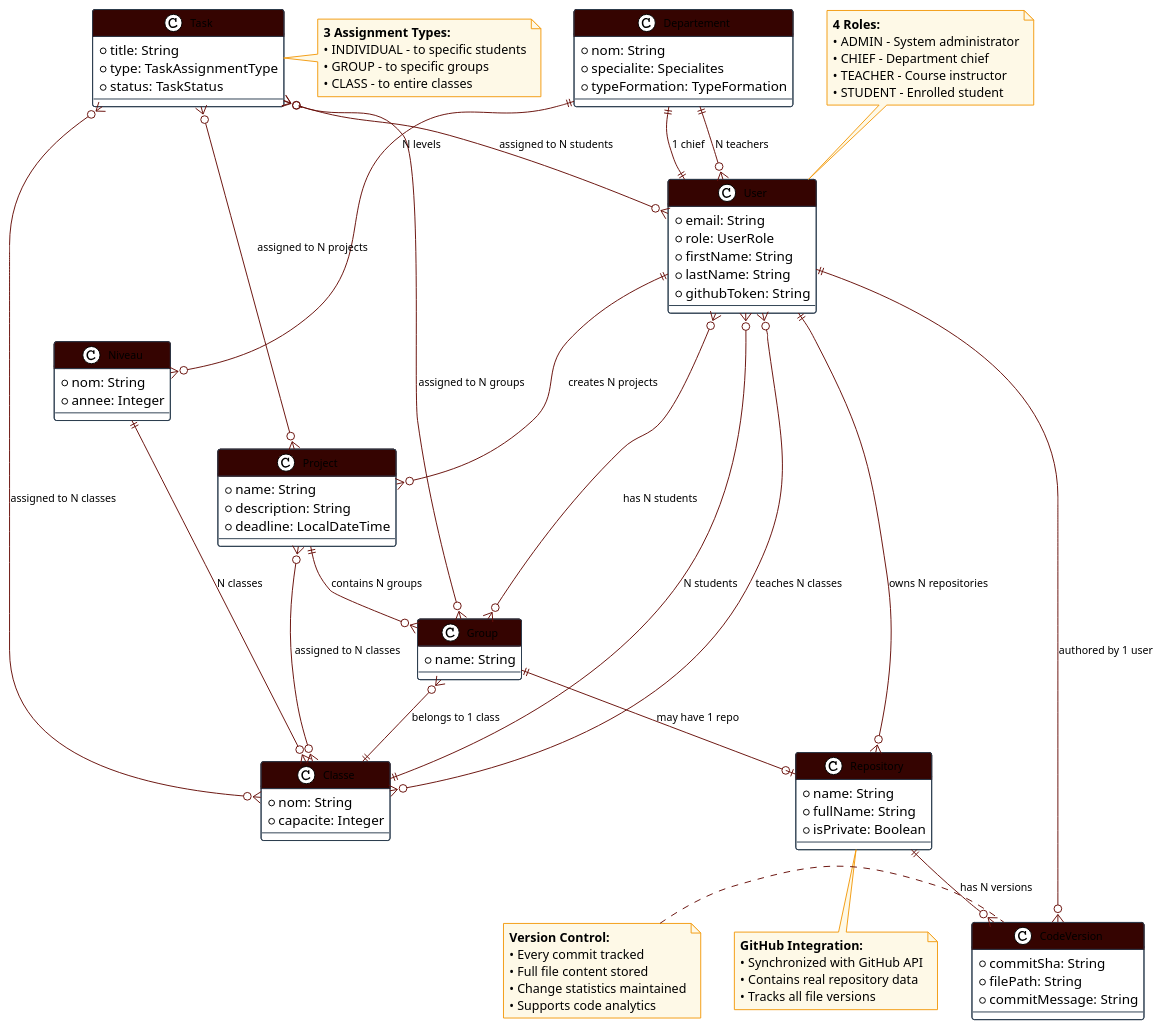
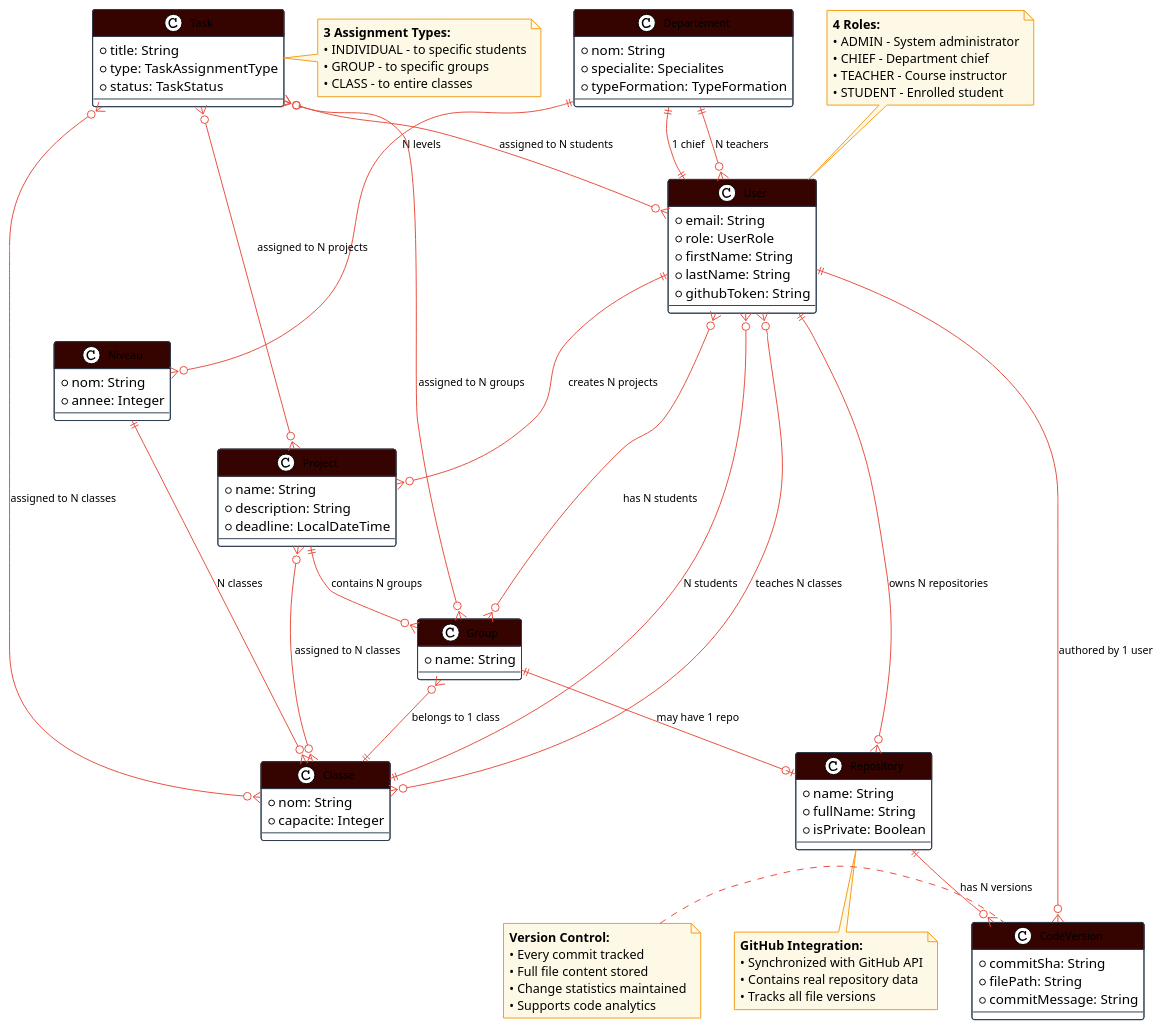
One commit to YoussefTakali/esprithub changed the diagram in docs/entity-relationships-simplified.puml. Above: the diagram before and after it, drawn with PlantUML. The commit also changed 21 other files, not shown here.

```diff
--- a/docs/entity-relationships-simplified.puml
+++ b/docs/entity-relationships-simplified.puml
@@ -1,130 +1,130 @@
 @startuml EspritHub Entity Relationships
 
 !theme plain
 skinparam {
   ClassBackgroundColor #ffffff
   ClassBorderColor #2c3e50
   ClassHeaderBackgroundColor #350401
   ClassHeaderFontColor #ffffff
-  ArrowColor #680f0a
+  ArrowColor #e74c3c
   ArrowFontSize 11
   ClassFontSize 11
   PackageFontSize 13
   PackageBackgroundColor #ecf0f1
   PackageBorderColor #95a5a6
   NoteBorderColor #f39c12
   NoteBackgroundColor #fef9e7
 }
 
 ' Core entities with key attributes only
 class User {
   +email: String
   +role: UserRole
   +firstName: String
   +lastName: String
   +githubToken: String
 }
 
 class Departement {
   +nom: String
   +specialite: Specialites
   +typeFormation: TypeFormation
 }
 
 class Niveau {
   +nom: String
   +annee: Integer
 }
 
 class Classe {
   +nom: String
   +capacite: Integer
 }
 
 class Project {
   +name: String
   +description: String
   +deadline: LocalDateTime
 }
 
 class Group {
   +name: String
 }
 
 class Task {
   +title: String
   +type: TaskAssignmentType
   +status: TaskStatus
 }
 
 class Repository {
   +name: String
   +fullName: String
   +isPrivate: Boolean
 }
 
 class CodeVersion {
   +commitSha: String
   +filePath: String
   +commitMessage: String
 }
 
 ' Key relationship labels with cardinalities
 Departement ||--|| User : "1 chief"
 Departement ||--o{ User : "N teachers"
 Departement ||--o{ Niveau : "N levels"
 
 Niveau ||--o{ Classe : "N classes"
 
 Classe ||--o{ User : "N students"
 User }o--o{ Classe : "teaches N classes"
 
 User ||--o{ Project : "creates N projects"
 Project }o--o{ Classe : "assigned to N classes"
 Project ||--o{ Group : "contains N groups"
 
 Group }o--|| Classe : "belongs to 1 class"
 Group }o--o{ User : "has N students"
 Group ||--o| Repository : "may have 1 repo"
 
 User ||--o{ Repository : "owns N repositories"
 Repository ||--o{ CodeVersion : "has N versions"
 CodeVersion }o--|| User : "authored by 1 user"
 
 Task }o--o{ Project : "assigned to N projects"
 Task }o--o{ Group : "assigned to N groups"
 Task }o--o{ User : "assigned to N students"
 Task }o--o{ Classe : "assigned to N classes"
 
 ' Notes explaining key concepts
 note top of User
   **4 Roles:**
   • ADMIN - System administrator
   • CHIEF - Department chief
   • TEACHER - Course instructor
   • STUDENT - Enrolled student
 end note
 
 note bottom of Repository
   **GitHub Integration:**
   • Synchronized with GitHub API
   • Contains real repository data
   • Tracks all file versions
 end note
 
 note right of Task
   **3 Assignment Types:**
   • INDIVIDUAL - to specific students
   • GROUP - to specific groups
   • CLASS - to entire classes
 end note
 
 note left of CodeVersion
   **Version Control:**
   • Every commit tracked
   • Full file content stored
   • Change statistics maintained
   • Supports code analytics
 end note
 
 @enduml
```
